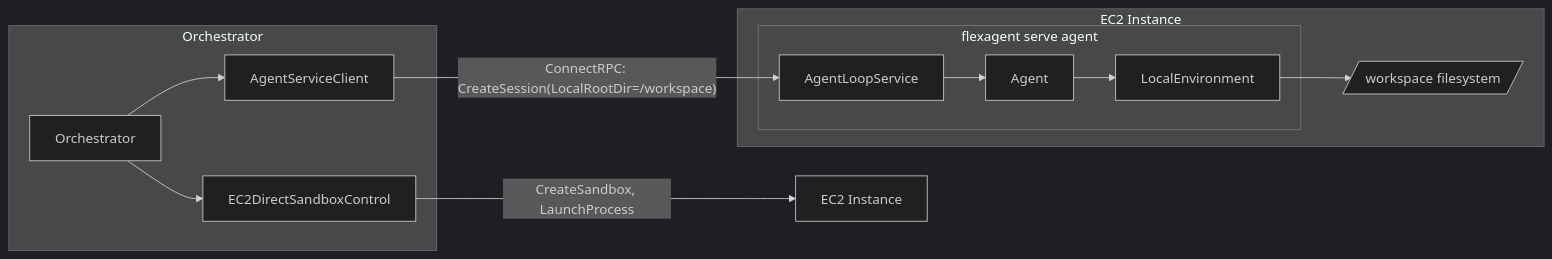
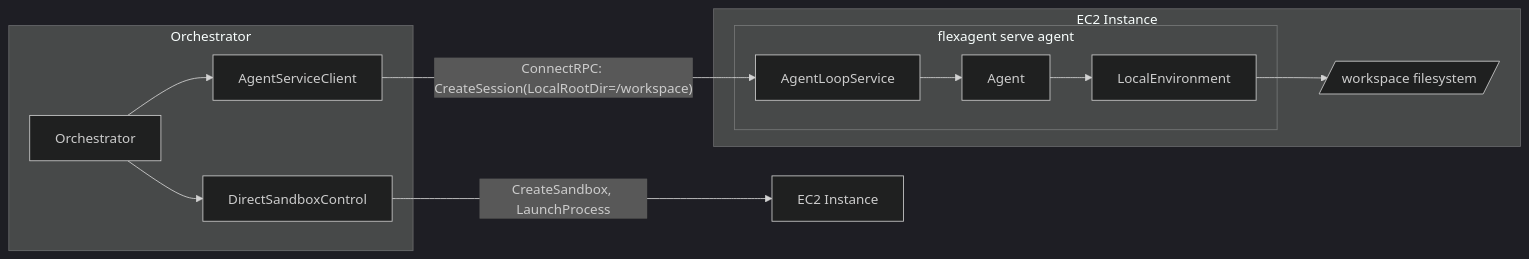
One commit to dcosson/flex-agent-runtime changed the third of 3 diagrams in docs/plans/19-ec2-direct-adapter.md. Above: the diagram before and after it, drawn with Mermaid (dark theme). The commit also changed other lines of this file, not shown here.

Commit message:
Update plan 19: rename to DirectSandboxControl, adopt shared InstanceProvisioner

````diff
--- a/docs/plans/19-ec2-direct-adapter.md
+++ b/docs/plans/19-ec2-direct-adapter.md
@@ -505,22 +493,22 @@
 ```mermaid
 graph LR
     subgraph "Orchestrator"
-        O[Orchestrator] --> SC[EC2DirectSandboxControl]
+        O[Orchestrator] --> SC[DirectSandboxControl]
         O --> AC[AgentServiceClient]
     end
 
     subgraph "EC2 Instance"
         subgraph "flexagent serve agent"
             ALS[AgentLoopService]
             A[Agent]
             LE[LocalEnvironment]
         end
         FS[/workspace filesystem/]
     end
 
     SC -->|"CreateSandbox, LaunchProcess"| EC2["EC2 Instance"]
     AC -->|"ConnectRPC: CreateSession(LocalRootDir=/workspace)"| ALS
     ALS --> A
     A --> LE
     LE --> FS
 ```
````
